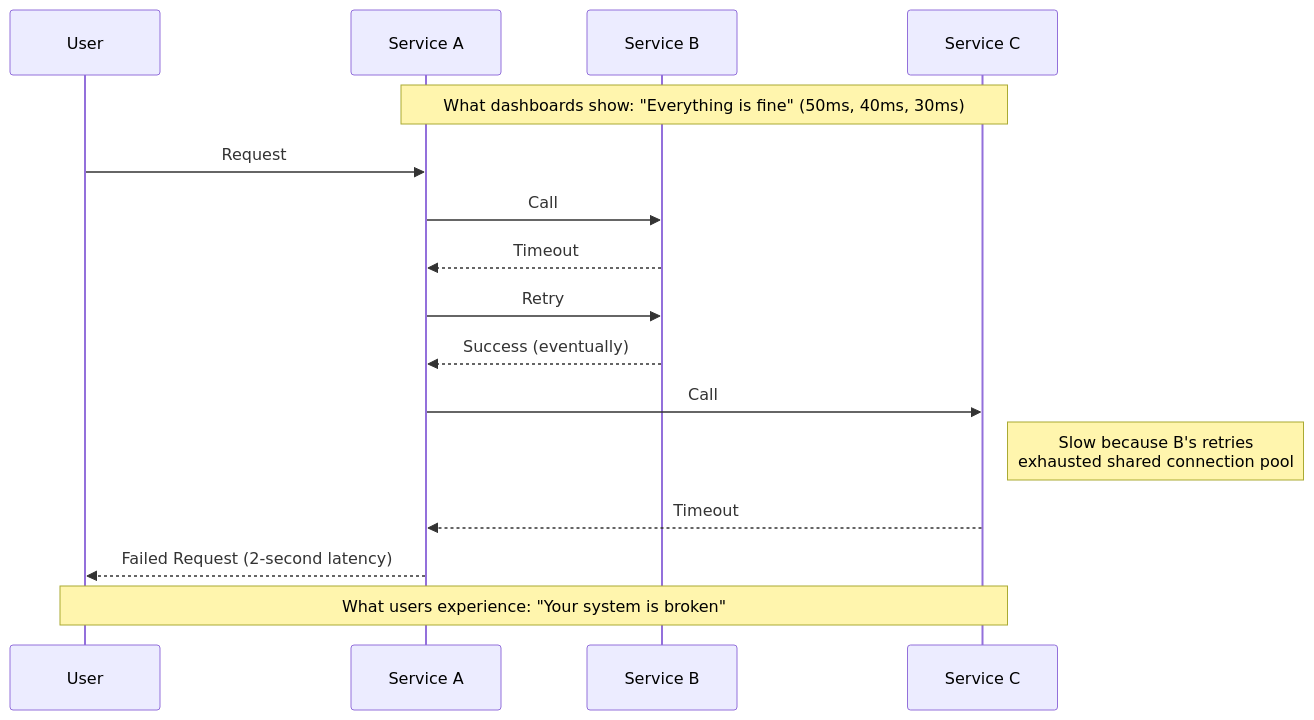
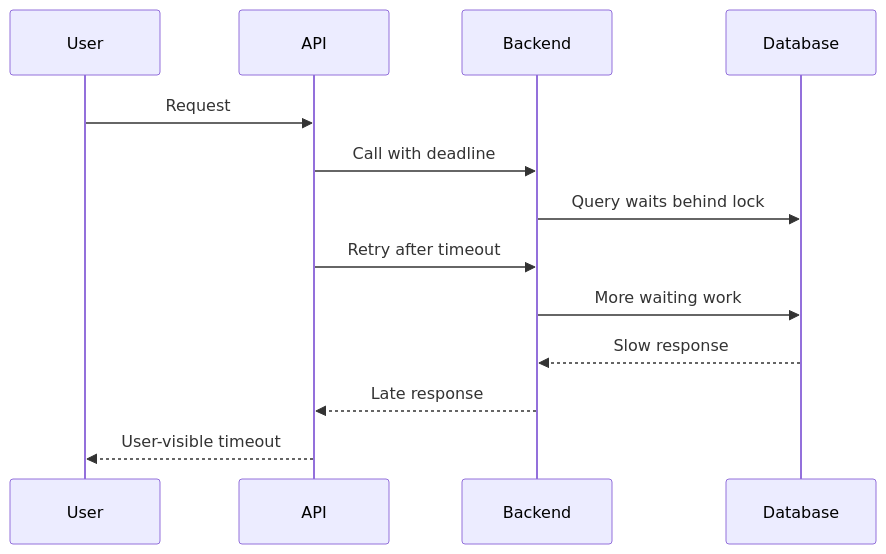
Before and after one commit to kube-dojo/kube-dojo: the third of 7 diagrams in src/content/docs/platform/foundations/systems-thinking/module-1.1-what-is-systems-thinking.md, drawn with Mermaid. The commit also changed other lines of this file and 3 other files, not shown here.

````diff
--- a/src/content/docs/platform/foundations/systems-thinking/module-1.1-what-is-systems-thinking.md
+++ b/src/content/docs/platform/foundations/systems-thinking/module-1.1-what-is-systems-thinking.md
@@ -136,22 +120,16 @@
 ```mermaid
 sequenceDiagram
-    participant User
-    participant A as Service A
-    participant B as Service B
-    participant C as Service C
+    participant U as User
+    participant A as API
+    participant B as Backend
+    participant D as Database
 
-    Note over A, C: What dashboards show: "Everything is fine" (50ms, 40ms, 30ms)
-    
-    User->>A: Request
-    A->>B: Call
-    B-->>A: Timeout
-    A->>B: Retry
-    B-->>A: Success (eventually)
-    
-    A->>C: Call
-    Note right of C: Slow because B's retries<br/>exhausted shared connection pool
-    C-->>A: Timeout
-    A-->>User: Failed Request (2-second latency)
-    
-    Note over User, C: What users experience: "Your system is broken"
+    U->>A: Request
+    A->>B: Call with deadline
+    B->>D: Query waits behind lock
+    A->>B: Retry after timeout
+    B->>D: More waiting work
+    D-->>B: Slow response
+    B-->>A: Late response
+    A-->>U: User-visible timeout
 ```
````
